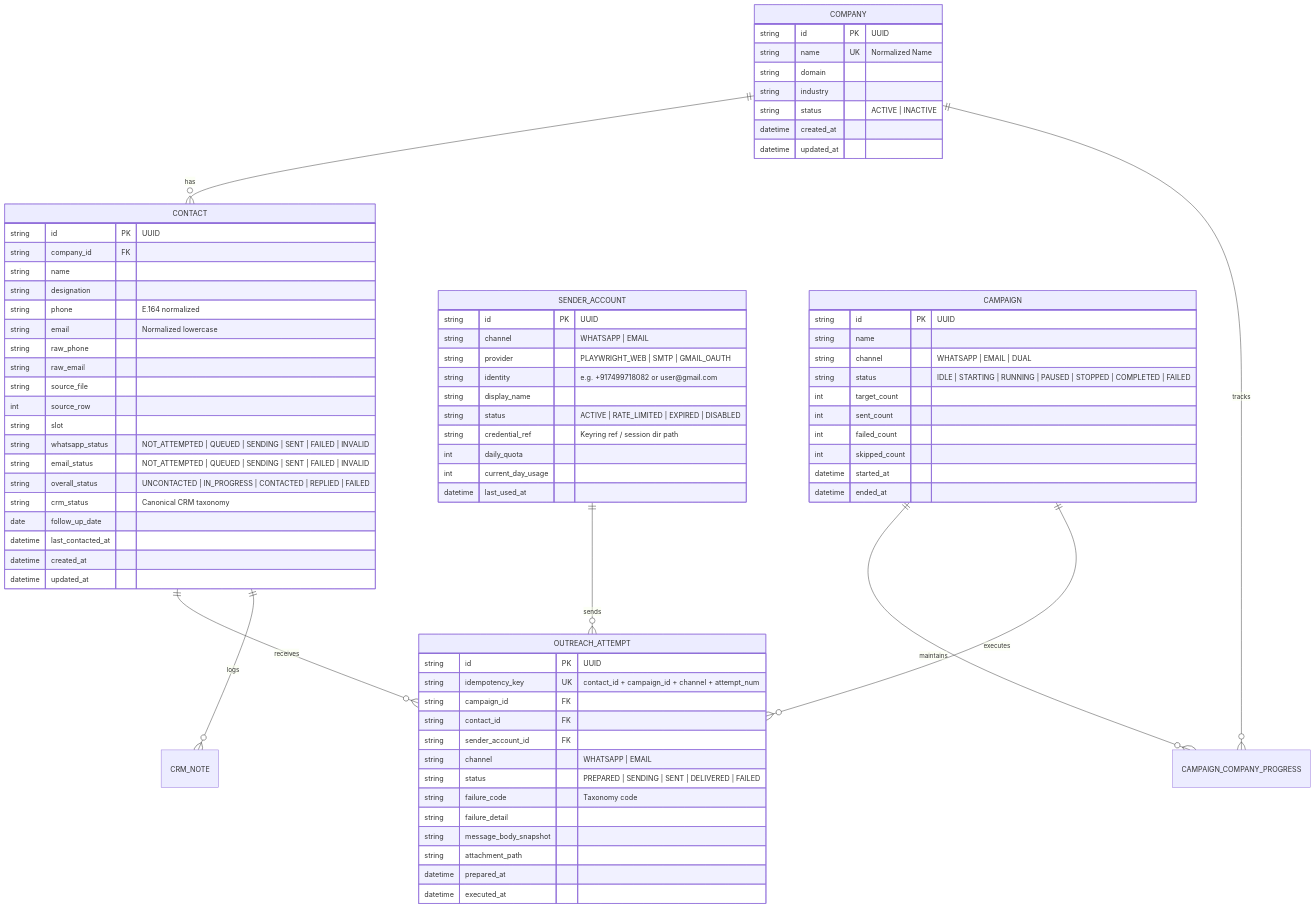
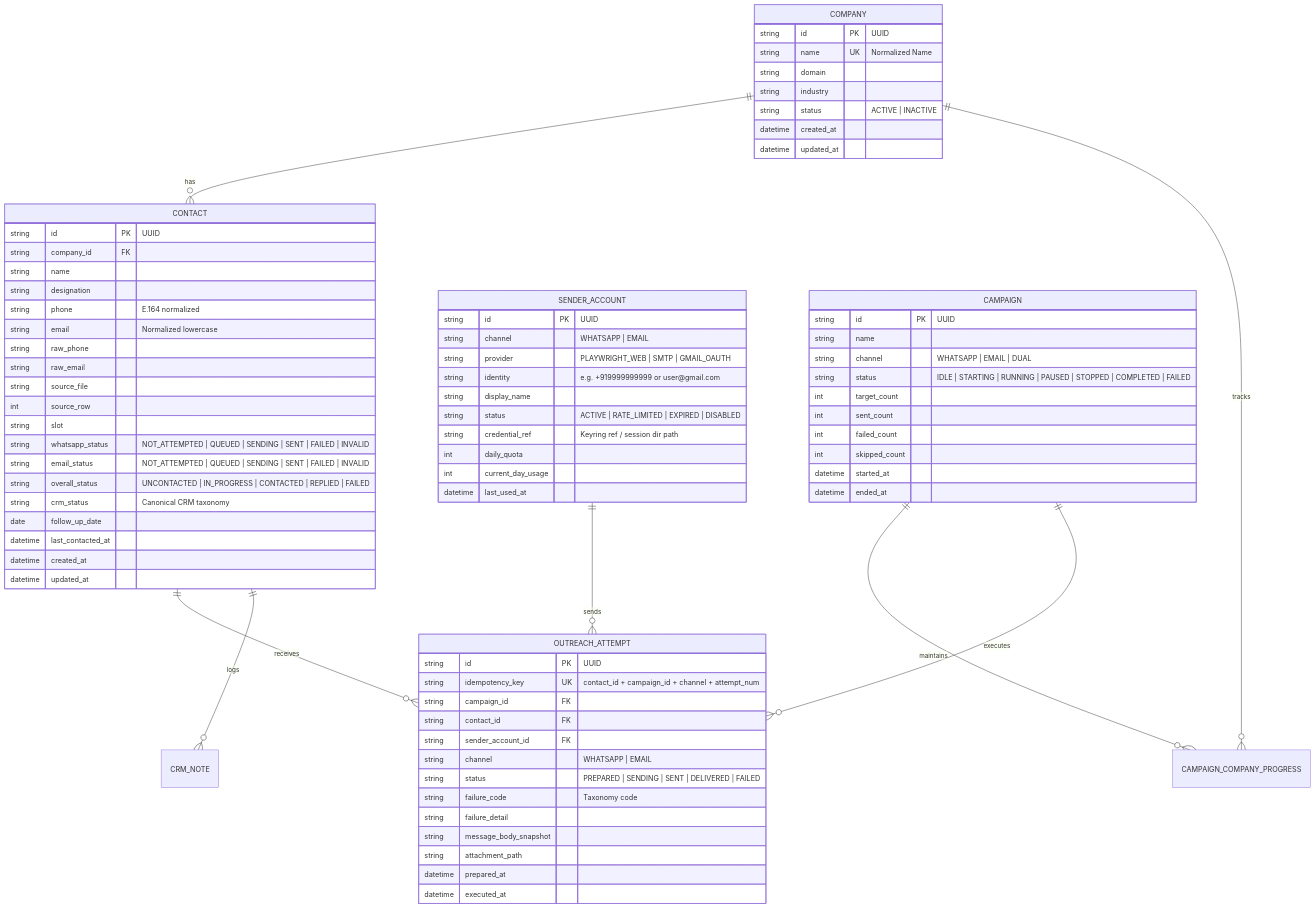
One commit to Kaustubh-Rathi/reachout changed the first of 3 diagrams in docs/archive/IMPLEMENTATION_REPORT.md. Above: the diagram before and after it, drawn with Mermaid. The commit also changed other lines of this file and 144 other files, not shown here.

```diff
--- a/docs/archive/IMPLEMENTATION_REPORT.md
+++ b/docs/archive/IMPLEMENTATION_REPORT.md
@@ -462,7 +462,7 @@
         string id PK "UUID"
         string channel "WHATSAPP | EMAIL"
         string provider "PLAYWRIGHT_WEB | SMTP | GMAIL_OAUTH"
-        string identity "e.g. +917499718082 or user@gmail.com"
+        string identity "e.g. +919999999999 or user@gmail.com"
         string display_name
         string status "ACTIVE | RATE_LIMITED | EXPIRED | DISABLED"
         string credential_ref "Keyring ref / session dir path"
```
